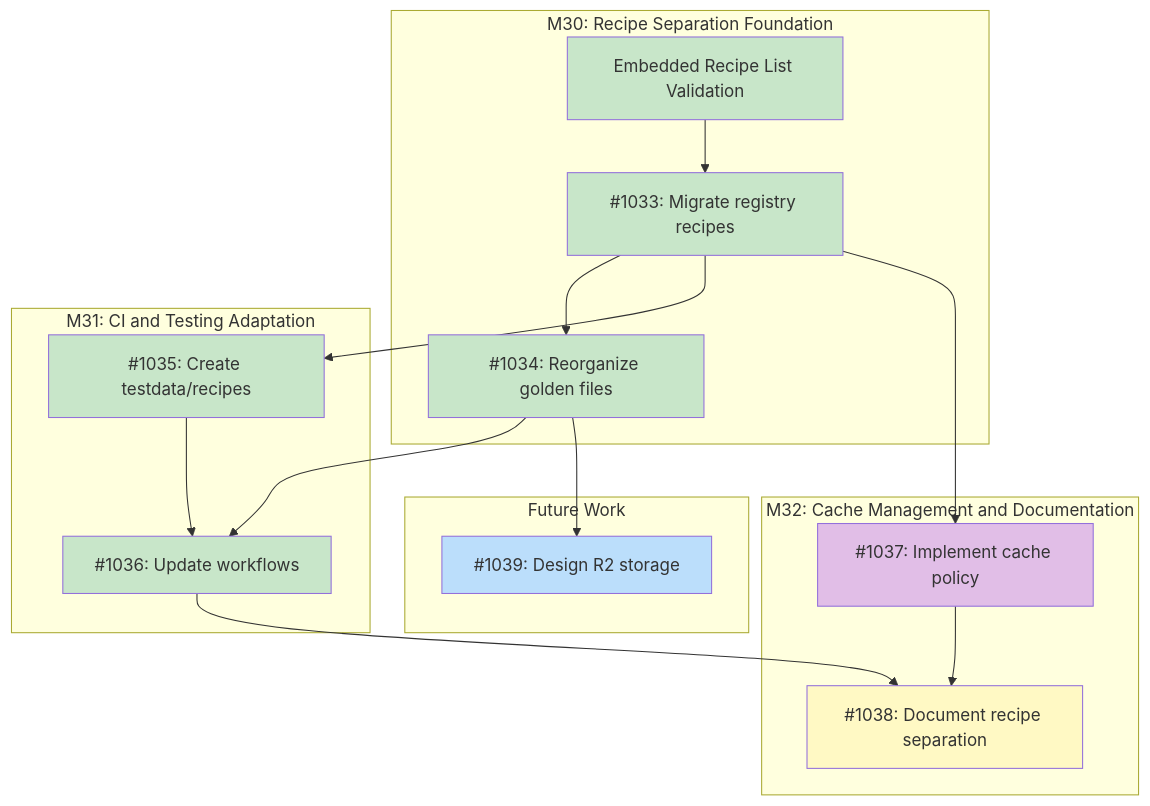
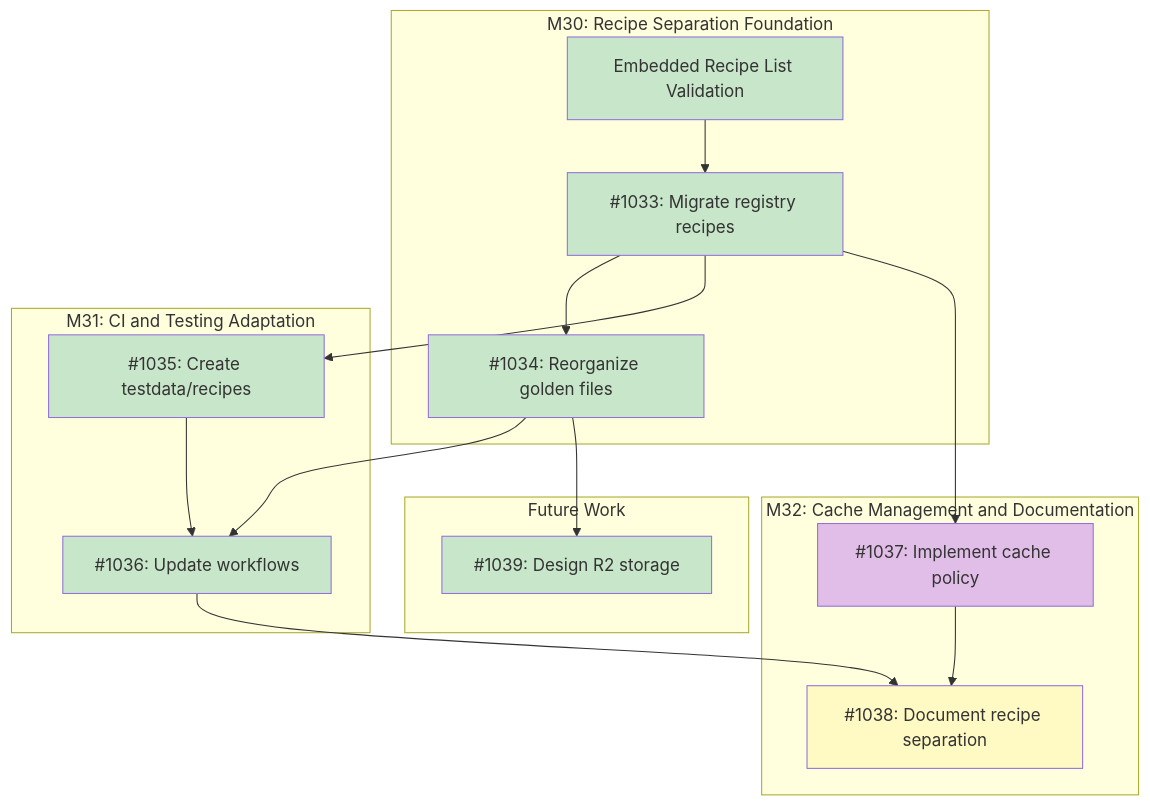
The diagram in docs/designs/DESIGN-recipe-registry-separation.md (tsukumogami/tsuku), drawn with Mermaid before and after one commit. The commit also changed other lines of this file and 2 other files, not shown here.

Commit message:
chore: complete R2 golden storage milestones (#1150)
Marks both R2 golden storage milestones as complete and transitions the
design document to Current status.

````diff
--- a/docs/designs/DESIGN-recipe-registry-separation.md
+++ b/docs/designs/DESIGN-recipe-registry-separation.md
@@ -46,46 +46,46 @@
 ```mermaid
 graph TD
     subgraph M30["M30: Recipe Separation Foundation"]
         ERLV["Embedded Recipe List Validation"]
         I1033["#1033: Migrate registry recipes"]
         I1034["#1034: Reorganize golden files"]
     end
 
     subgraph M31["M31: CI and Testing Adaptation"]
         I1035["#1035: Create testdata/recipes"]
         I1036["#1036: Update workflows"]
     end
 
     subgraph M32["M32: Cache Management and Documentation"]
         I1037["#1037: Implement cache policy"]
         I1038["#1038: Document recipe separation"]
     end
 
     subgraph Future["Future Work"]
         I1039["#1039: Design R2 storage"]
     end
 
     ERLV --> I1033
     I1033 --> I1034
     I1033 --> I1035
     I1033 --> I1037
     I1034 --> I1036
     I1035 --> I1036
     I1034 --> I1039
     I1036 --> I1038
     I1037 --> I1038
 
     classDef done fill:#c8e6c9
     classDef ready fill:#bbdefb
     classDef blocked fill:#fff9c4
     classDef needsDesign fill:#e1bee7
 
     class ERLV done
     class I1033 done
     class I1034 done
     class I1035 done
     class I1036 done
     class I1038 blocked
     class I1037 needsDesign
-    class I1039 ready
+    class I1039 done
 ```
````
